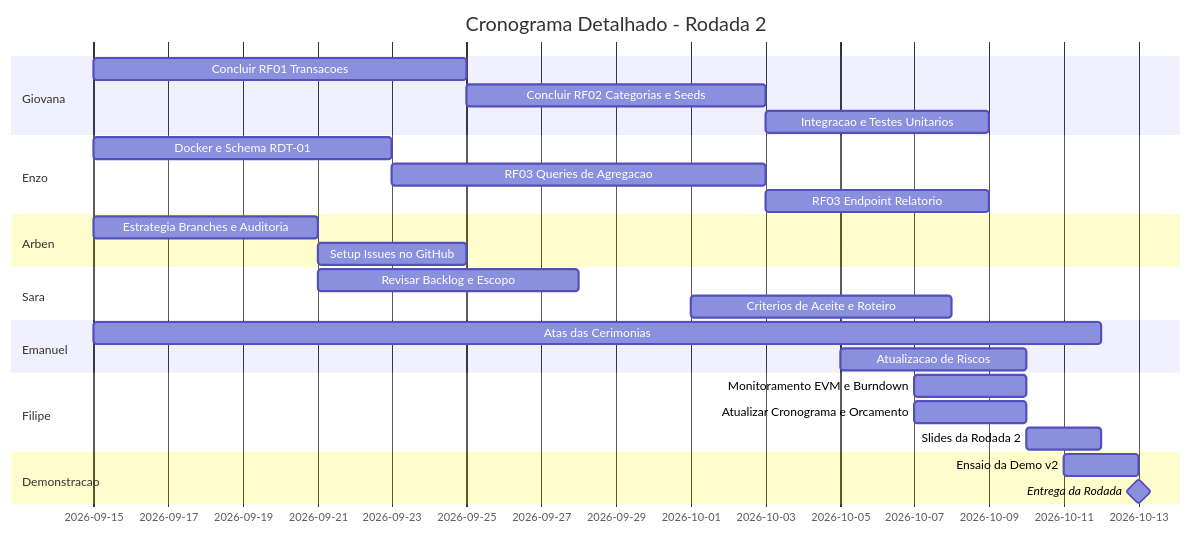
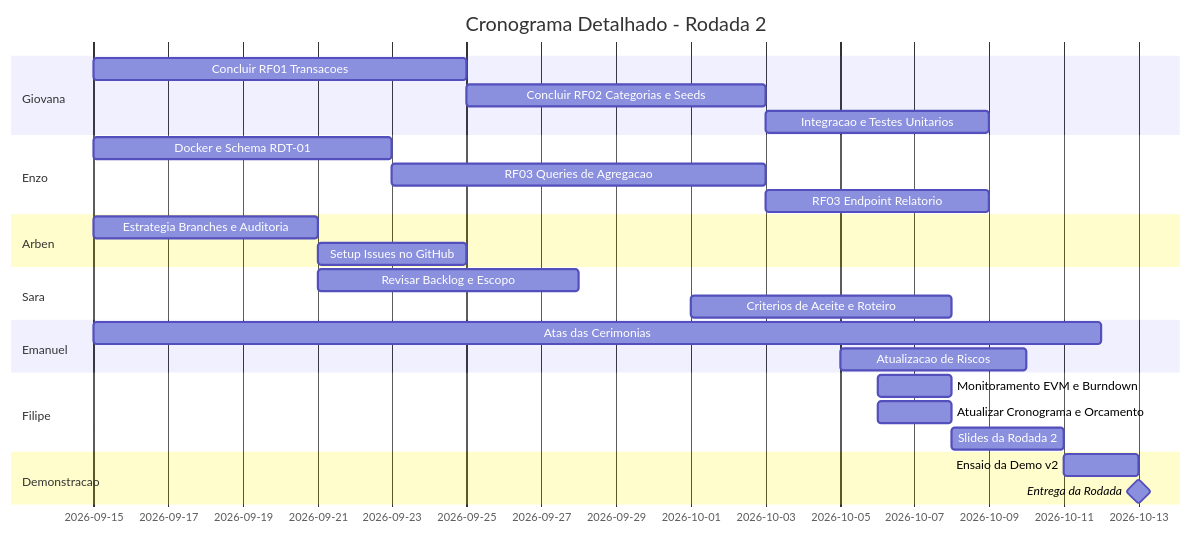
One commit to ArbenTafili/finapp_Uff changed the diagram in docs/plano-projeto/secao-5-cronograma-orcamento.md. Above: the diagram before and after it, drawn with Mermaid.

Commit message:
fix(docs): ajusta tarefas de gestao para data atual no grafico gantt

````diff
--- a/docs/plano-projeto/secao-5-cronograma-orcamento.md
+++ b/docs/plano-projeto/secao-5-cronograma-orcamento.md
@@ -9,36 +9,36 @@
 ```mermaid
 gantt
     title Cronograma Detalhado - Rodada 2
     dateFormat  YYYY-MM-DD
     
     section Giovana
     Concluir RF01 Transacoes          :a1, 2026-09-15, 10d
     Concluir RF02 Categorias e Seeds  :a2, after a1, 8d
     Integracao e Testes Unitarios     :a3, after a2, 6d
     
     section Enzo
     Docker e Schema RDT-01            :b1, 2026-09-15, 8d
     RF03 Queries de Agregacao         :b2, after b1, 10d
     RF03 Endpoint Relatorio           :b3, after b2, 6d
     
     section Arben
     Estrategia Branches e Auditoria   :c1, 2026-09-15, 6d
     Setup Issues no GitHub            :c2, after c1, 4d
     
     section Sara
     Revisar Backlog e Escopo          :d1, 2026-09-21, 7d
     Criterios de Aceite e Roteiro     :d2, 2026-10-01, 7d
     
     section Emanuel
     Atas das Cerimonias               :e1, 2026-09-15, 27d
     Atualizacao de Riscos             :e2, 2026-10-05, 5d
     
     section Filipe
-    Monitoramento EVM e Burndown      :f1, 2026-10-07, 3d
-    Atualizar Cronograma e Orcamento  :f2, 2026-10-07, 3d
-    Slides da Rodada 2                :f3, 2026-10-10, 2d
+    Monitoramento EVM e Burndown      :f1, 2026-10-06, 2d
+    Atualizar Cronograma e Orcamento  :f2, 2026-10-06, 2d
+    Slides da Rodada 2                :f3, after f1, 3d
     
     section Demonstracao
     Ensaio da Demo v2                 :g1, 2026-10-11, 2d
     Entrega da Rodada                 :milestone, m1, 2026-10-13, 0d
 ```
````
